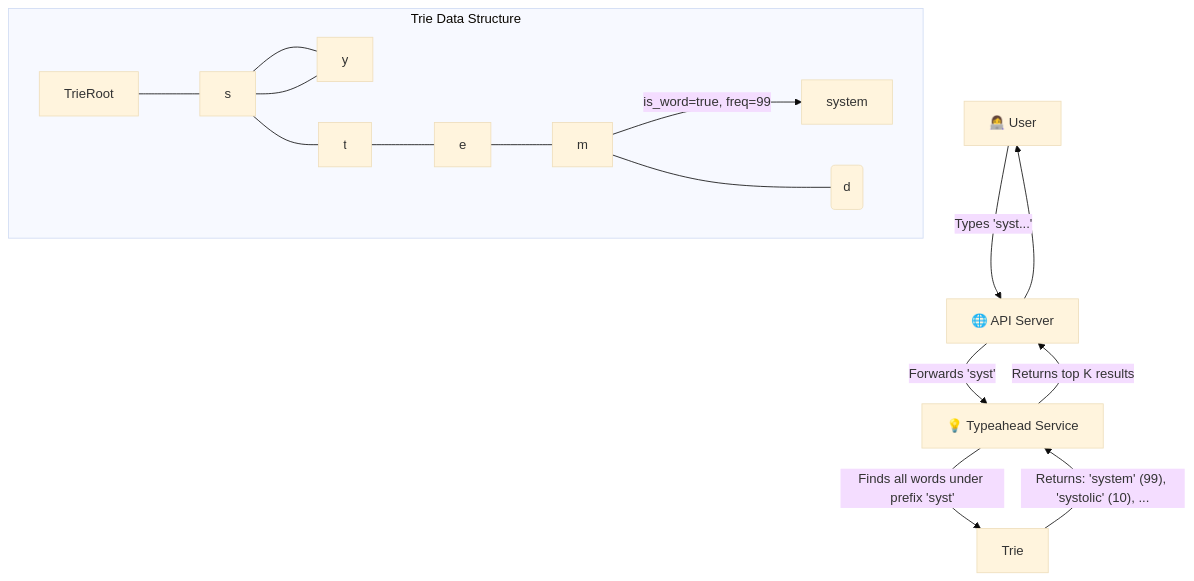
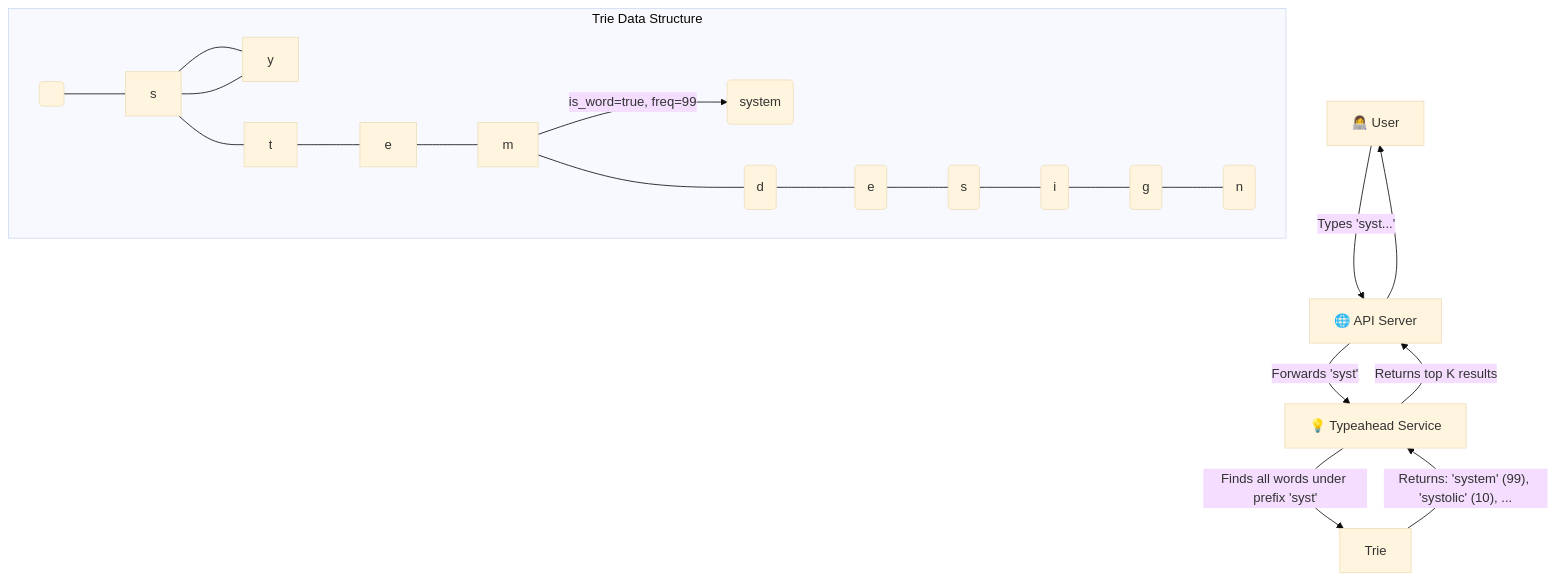
Before and after one commit to satishkumar-dhule/EA-SRE-prep: the sixth of 10 diagrams in System_Design_Visual_Interview_Prep.md, drawn with Mermaid (base theme). The commit also changed other lines of this file, not shown here.

````diff
--- a/System_Design_Visual_Interview_Prep.md
+++ b/System_Design_Visual_Interview_Prep.md
@@ -261,21 +260,26 @@
 ```mermaid
 graph TD
     User[👩‍💻 User] -- "Types 'syst...'" --> APIServer[🌐 API Server]
     APIServer -- "Forwards 'syst'" --> Service[💡 Typeahead Service]
     
     subgraph "Trie Data Structure"
-        TrieRoot --- s
+        TrieRoot(" ") --- s
         s --- y
         y --- s
         s --- t
         t --- e
         e --- m
-        m -- "is_word=true, freq=99" --> system
-        m --- design(" d")
+        m -- "is_word=true, freq=99" --> system(system)
+        m --- d("d")
+        d --- e2("e")
+        e2 --- s2("s")
+        s2 --- i("i")
+        i --- g("g")
+        g --- n("n")
     end
 
     Service -- "Finds all words under prefix 'syst'" --> Trie
     Trie -- "Returns: 'system' (99), 'systolic' (10), ..." --> Service
     Service -- "Returns top K results" --> APIServer
     APIServer --> User
 ```
````
